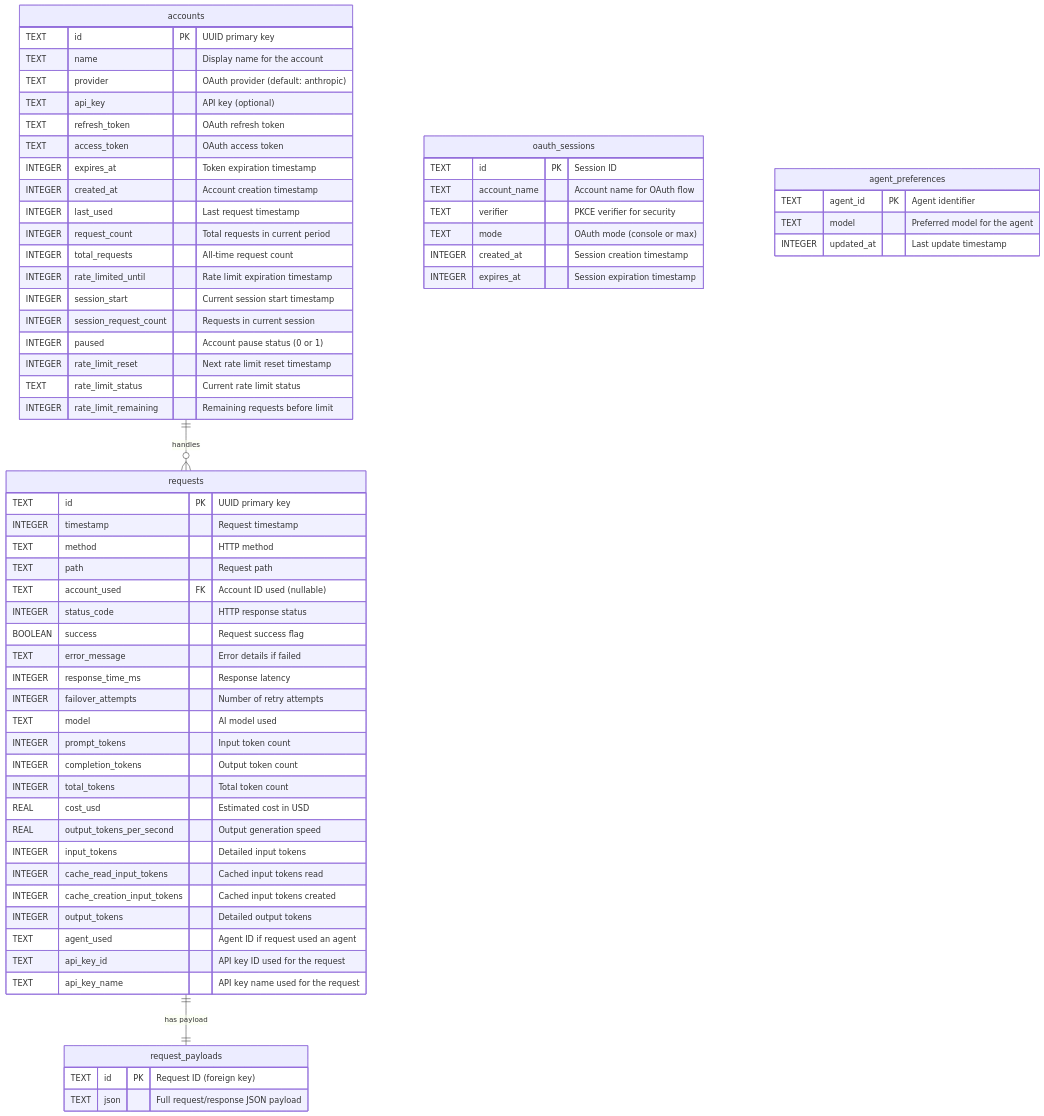
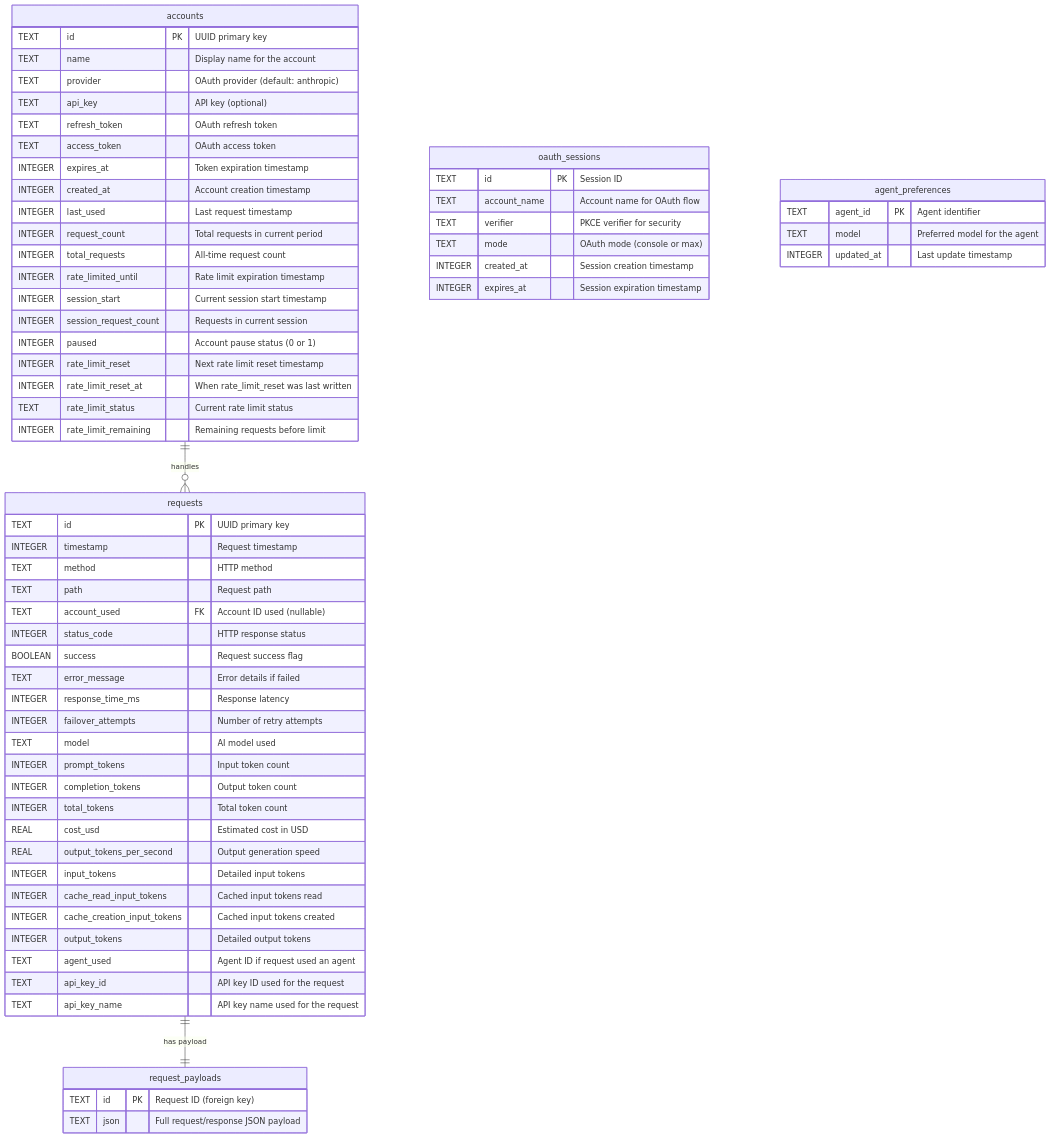
Before and after one commit to StartupBros-com/better-ccflare: the diagram in docs/database.md, drawn with Mermaid. The commit also changed other lines of this file and 7 other files, not shown here.

````diff
--- a/docs/database.md
+++ b/docs/database.md
@@ -33,72 +33,73 @@
 ```mermaid
 erDiagram
     accounts {
         TEXT id PK "UUID primary key"
         TEXT name "Display name for the account"
         TEXT provider "OAuth provider (default: anthropic)"
         TEXT api_key "API key (optional)"
         TEXT refresh_token "OAuth refresh token"
         TEXT access_token "OAuth access token"
         INTEGER expires_at "Token expiration timestamp"
         INTEGER created_at "Account creation timestamp"
         INTEGER last_used "Last request timestamp"
         INTEGER request_count "Total requests in current period"
         INTEGER total_requests "All-time request count"
         INTEGER rate_limited_until "Rate limit expiration timestamp"
         INTEGER session_start "Current session start timestamp"
         INTEGER session_request_count "Requests in current session"
         INTEGER paused "Account pause status (0 or 1)"
         INTEGER rate_limit_reset "Next rate limit reset timestamp"
+        INTEGER rate_limit_reset_at "When rate_limit_reset was last written"
         TEXT rate_limit_status "Current rate limit status"
         INTEGER rate_limit_remaining "Remaining requests before limit"
     }
     
     requests {
         TEXT id PK "UUID primary key"
         INTEGER timestamp "Request timestamp"
         TEXT method "HTTP method"
         TEXT path "Request path"
         TEXT account_used FK "Account ID used (nullable)"
         INTEGER status_code "HTTP response status"
         BOOLEAN success "Request success flag"
         TEXT error_message "Error details if failed"
         INTEGER response_time_ms "Response latency"
         INTEGER failover_attempts "Number of retry attempts"
         TEXT model "AI model used"
         INTEGER prompt_tokens "Input token count"
         INTEGER completion_tokens "Output token count"
         INTEGER total_tokens "Total token count"
         REAL cost_usd "Estimated cost in USD"
         REAL output_tokens_per_second "Output generation speed"
         INTEGER input_tokens "Detailed input tokens"
         INTEGER cache_read_input_tokens "Cached input tokens read"
         INTEGER cache_creation_input_tokens "Cached input tokens created"
         INTEGER output_tokens "Detailed output tokens"
         TEXT agent_used "Agent ID if request used an agent"
         TEXT api_key_id "API key ID used for the request"
         TEXT api_key_name "API key name used for the request"
     }
     
     request_payloads {
         TEXT id PK "Request ID (foreign key)"
         TEXT json "Full request/response JSON payload"
     }
     
     oauth_sessions {
         TEXT id PK "Session ID"
         TEXT account_name "Account name for OAuth flow"
         TEXT verifier "PKCE verifier for security"
         TEXT mode "OAuth mode (console or max)"
         INTEGER created_at "Session creation timestamp"
         INTEGER expires_at "Session expiration timestamp"
     }
     
     agent_preferences {
         TEXT agent_id PK "Agent identifier"
         TEXT model "Preferred model for the agent"
         INTEGER updated_at "Last update timestamp"
     }
     
     accounts ||--o{ requests : "handles"
     requests ||--|| request_payloads : "has payload"
 ```
````
